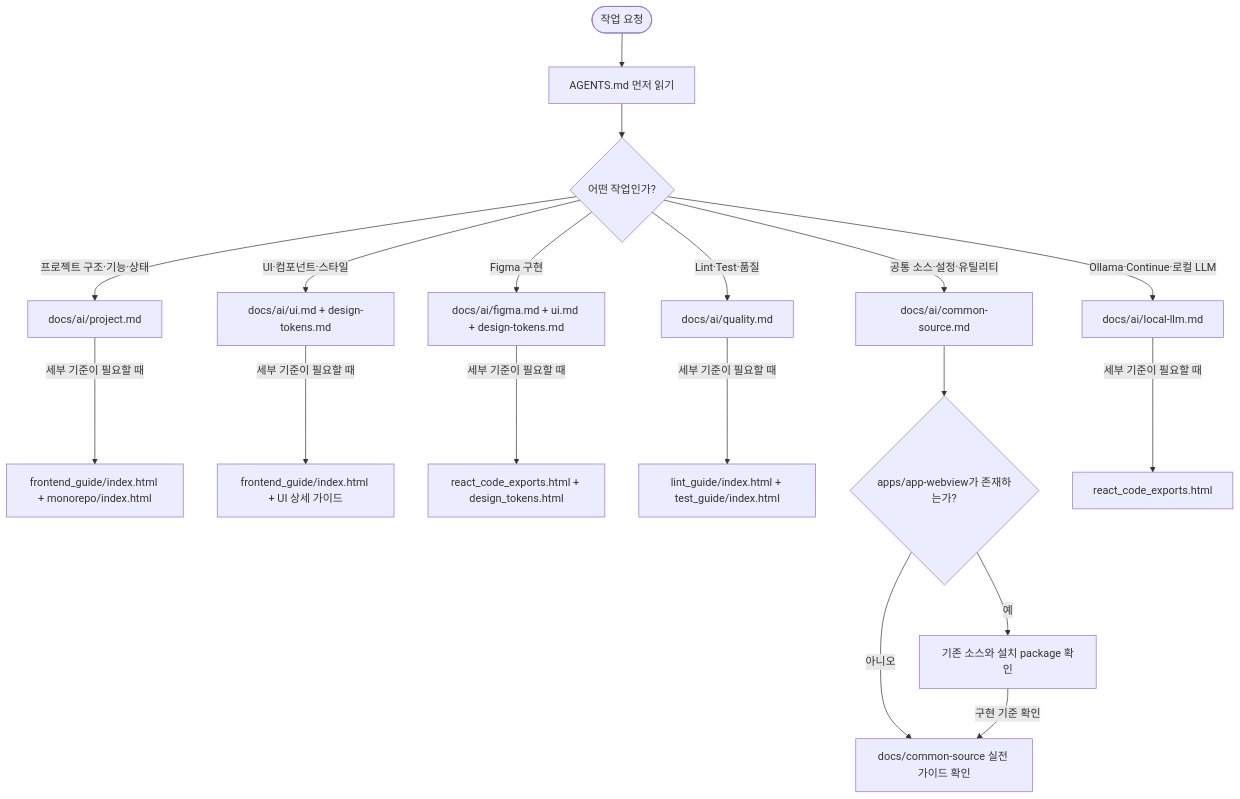
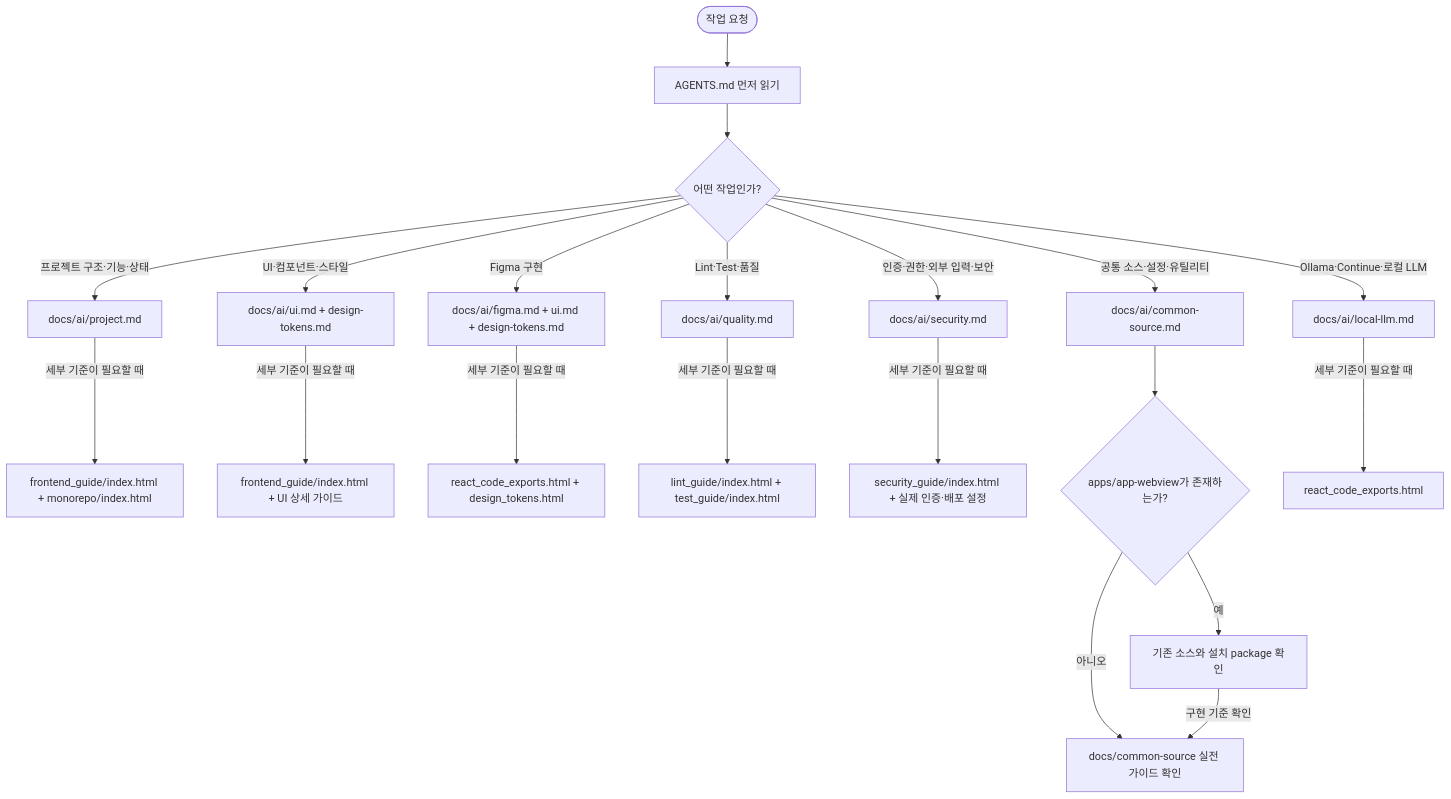
One commit to minsukong/lounge-docs changed the diagram in reference/front-end/AGENTS.md. Above: the diagram before and after it, drawn with Mermaid. The commit also changed other lines of this file and 21 other files, not shown here.

```diff
--- a/reference/front-end/AGENTS.md
+++ b/reference/front-end/AGENTS.md
@@ -57,22 +58,24 @@
   <div class="mermaid">
 flowchart TD
   accTitle: AI의 Front-end 가이드 확인 흐름
   accDescr: AI는 작업 요청을 받으면 AGENTS.md를 먼저 읽고 작업 종류에 맞는 docs/ai 요약 문서를 선택한 뒤, 세부 기준이 필요할 때만 연결된 상세 가이드를 확인합니다.
   A([작업 요청]) --> B["AGENTS.md 먼저 읽기"]
   B --> C{"어떤 작업인가?"}
   C -->|"프로젝트 구조·기능·상태"| P["docs/ai/project.md"]
   C -->|"UI·컴포넌트·스타일"| U["docs/ai/ui.md + design-tokens.md"]
   C -->|"Figma 구현"| F["docs/ai/figma.md + ui.md + design-tokens.md"]
   C -->|"Lint·Test·품질"| Q["docs/ai/quality.md"]
+  C -->|"인증·권한·외부 입력·보안"| S["docs/ai/security.md"]
   C -->|"공통 소스·설정·유틸리티"| CS["docs/ai/common-source.md"]
   C -->|"Ollama·Continue·로컬 LLM"| L["docs/ai/local-llm.md"]
   P -->|"세부 기준이 필요할 때"| PH["frontend_guide/index.html + monorepo/index.html"]
   U -->|"세부 기준이 필요할 때"| UH["frontend_guide/index.html + UI 상세 가이드"]
   F -->|"세부 기준이 필요할 때"| FH["react_code_exports.html + design_tokens.html"]
   Q -->|"세부 기준이 필요할 때"| QH["lint_guide/index.html + test_guide/index.html"]
+  S -->|"세부 기준이 필요할 때"| SH["security_guide/index.html + 실제 인증·배포 설정"]
   CS --> CSR{"apps/app-webview가 존재하는가?"}
   CSR -->|"예"| CSS["기존 소스와 설치 package 확인"]
   CSR -->|"아니오"| CSH["docs/common-source 실전 가이드 확인"]
   CSS -->|"구현 기준 확인"| CSH
   L -->|"세부 기준이 필요할 때"| LH["react_code_exports.html"]
   </div>
```
